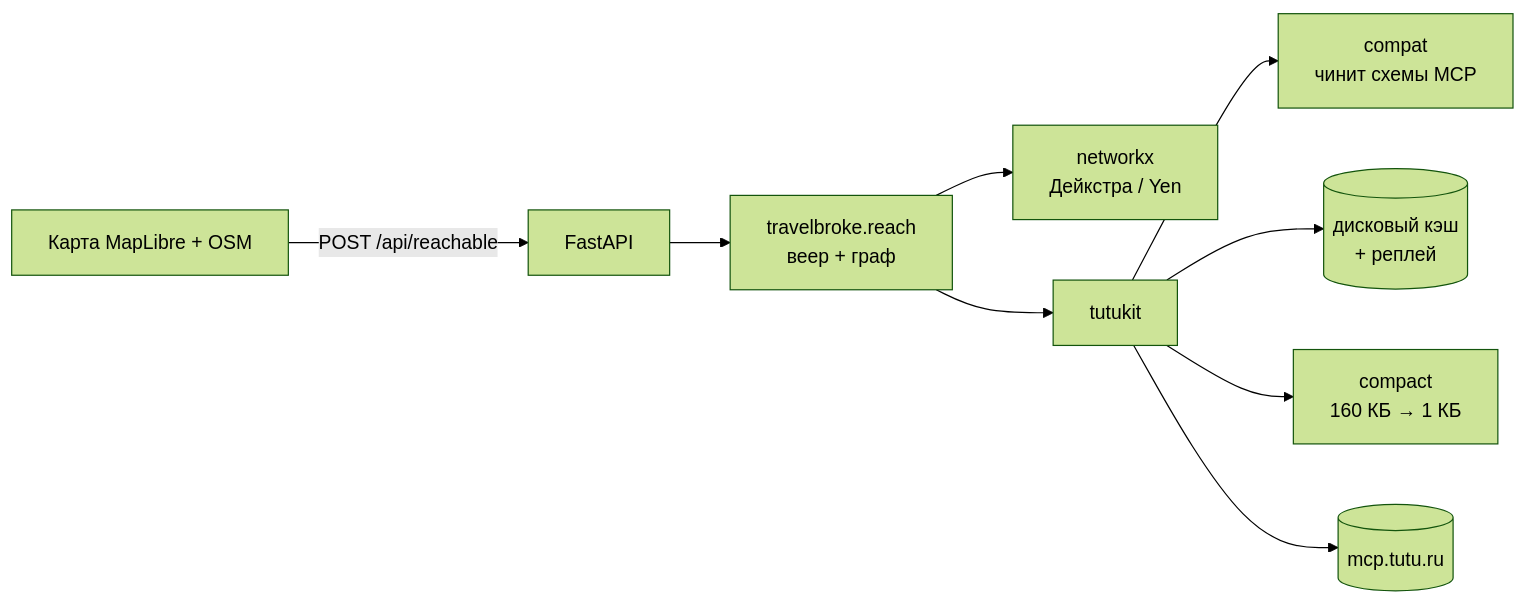
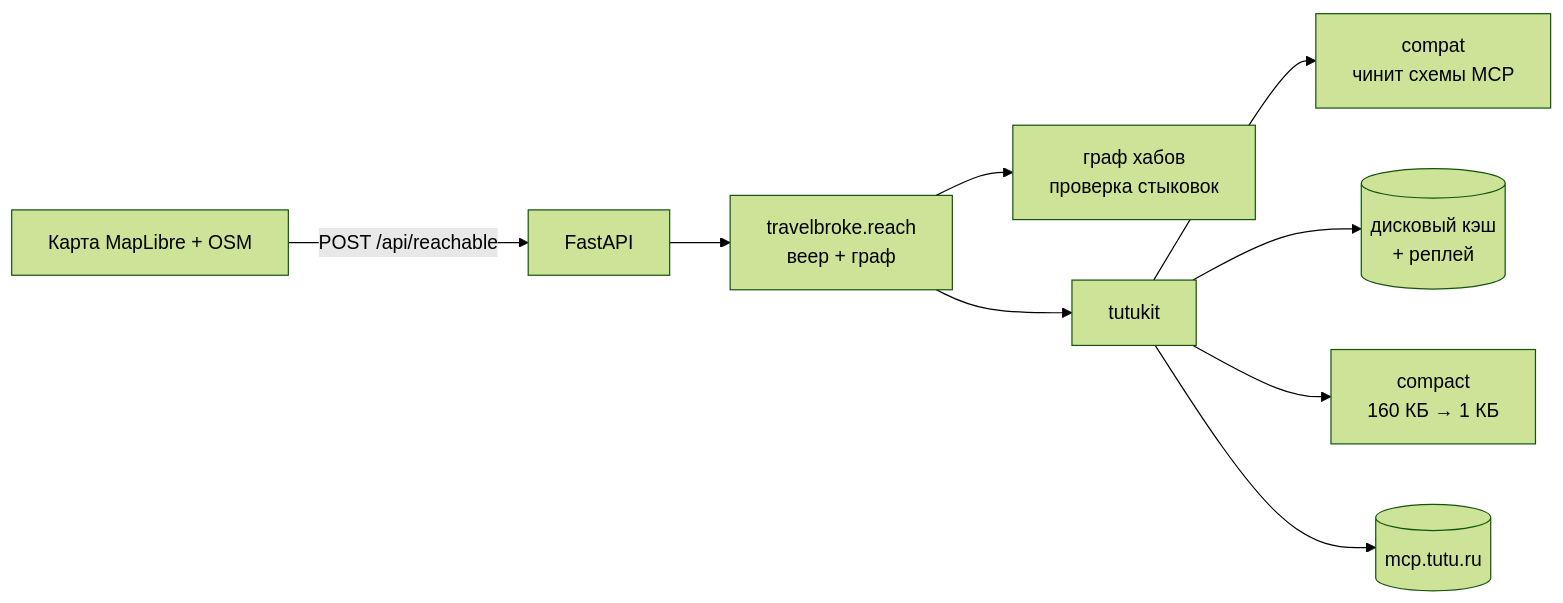
One commit to retrobich921/travelbroke changed the diagram in README.md. Above: the diagram before and after it, drawn with Mermaid (forest theme). The commit also changed other lines of this file and 55 other files, not shown here.

````diff
--- a/README.md
+++ b/README.md
@@ -50,11 +48,11 @@
 ```mermaid
 flowchart LR
     UI[Карта MapLibre + OSM] -->|POST /api/reachable| API[FastAPI]
     API --> REACH[travelbroke.reach<br/>веер + граф]
-    REACH --> GRAPH[networkx<br/>Дейкстра / Yen]
+    REACH --> GRAPH[граф хабов<br/>проверка стыковок]
     REACH --> KIT[tutukit]
     KIT --> COMPAT[compat<br/>чинит схемы MCP]
     KIT --> CACHE[(дисковый кэш<br/>+ реплей)]
     KIT --> COMPACT[compact<br/>160 КБ → 1 КБ]
     KIT --> MCP[(mcp.tutu.ru)]
 ```
````
